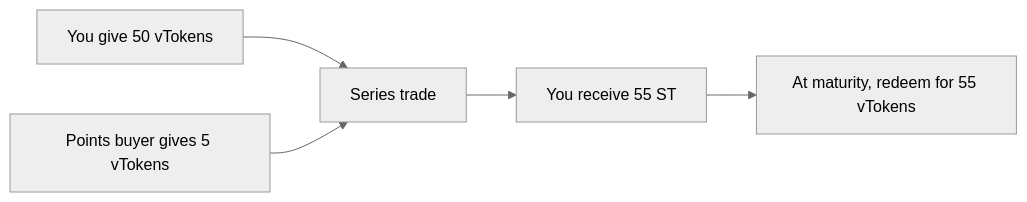
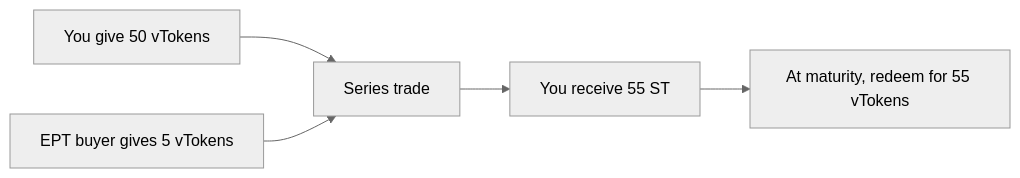
The diagram in learn/strategy-token.mdx (karnotxyz/docs), drawn with Mermaid (neutral theme) before and after one commit. The commit also changed other lines of this file and 18 other files, not shown here.

````diff
--- a/learn/strategy-token.mdx
+++ b/learn/strategy-token.mdx
@@ -19,7 +19,7 @@
 ```mermaid
 flowchart LR
     A["You give 50 vTokens"] --> C["Series trade"]
-    B["Points buyer gives 5 vTokens"] --> C
+    B["EPT buyer gives 5 vTokens"] --> C
     C --> D["You receive 55 ST"]
     D --> E["At maturity, redeem for 55 vTokens"]
 ```
````
